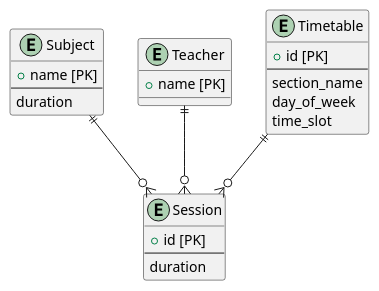
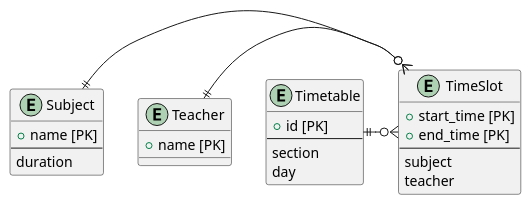
One commit to BhaveshSabharwal/JAVA-and-DSA-Sem-end-Project changed the diagram in UML/code/ERdiagram.puml. Above: the diagram before and after it, drawn with PlantUML. The commit also changed 21 other files, not shown here.

Commit message:
Updated UML diagrams

```diff
--- a/UML/code/ERdiagram.puml
+++ b/UML/code/ERdiagram.puml
@@ -1,29 +1,30 @@
-@startuml
+@startuml er
 entity Subject {
   + name [PK]
   --
   duration
 }
 
 entity Teacher {
   + name [PK]
 }
 
 entity Timetable {
   + id [PK]
   --
-  section_name
-  day_of_week
-  time_slot
+  section
+  day
 }
 
-entity Session {
-  + id [PK]
+entity TimeSlot {
+  + start_time [PK]
+  + end_time [PK]
   --
-  duration
+  subject
+  teacher
 }
 
-Subject ||--o{ Session
-Teacher ||--o{ Session
-Timetable ||--o{ Session
+Subject ||-o{ TimeSlot
+Teacher ||-o{ TimeSlot
+Timetable ||-o{ TimeSlot
 @enduml
```
